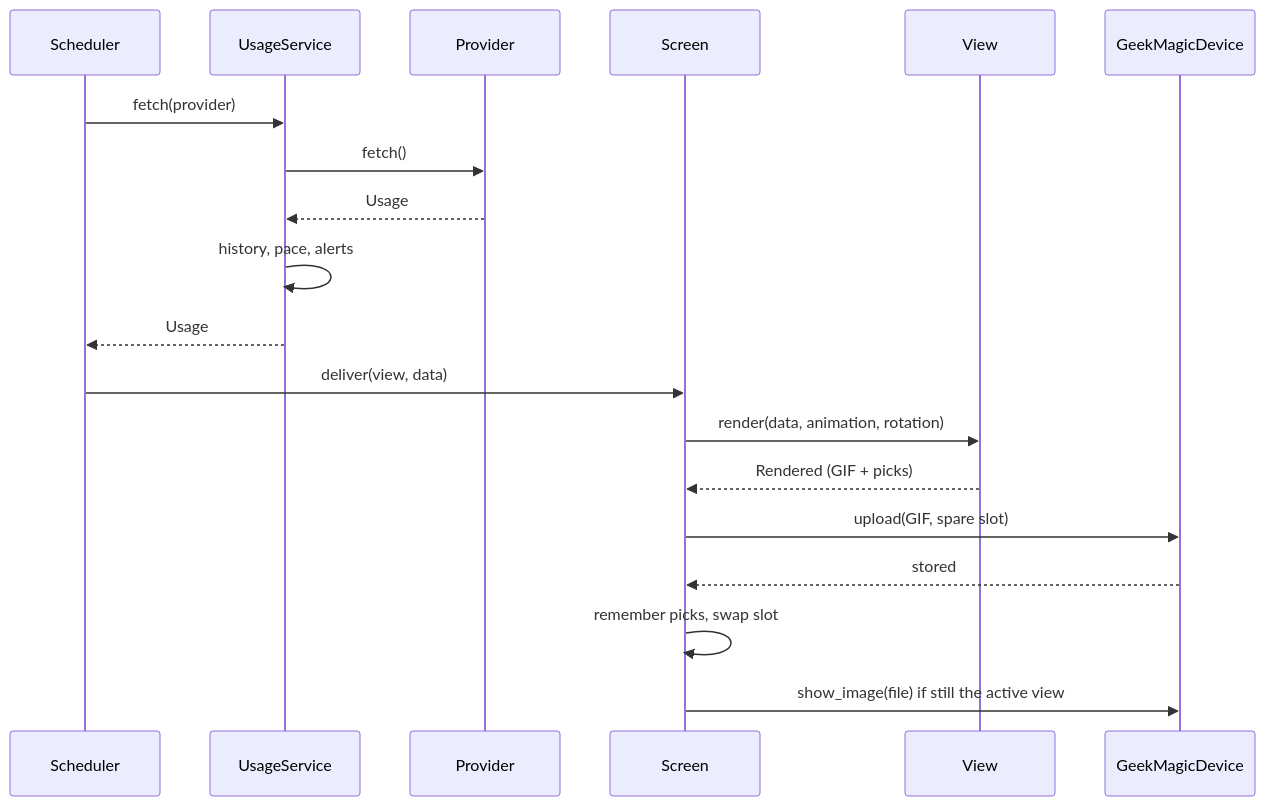
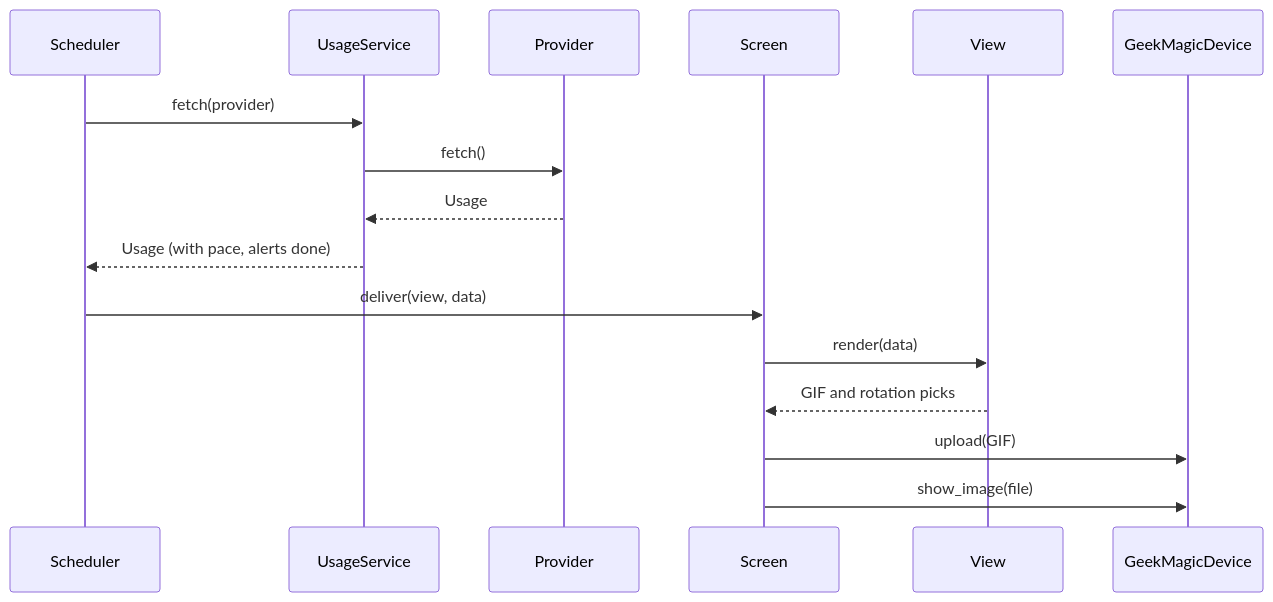
The fourth of 4 diagrams in ARCHITECTURE.md (Cristian-Infante/geekmagic-claude-usage), drawn with Mermaid before and after one commit. The commit also changed other lines of this file, not shown here.

First line of the commit message:
docs: Split the architecture diagram into small Mermaid diagrams that can be read

````diff
--- a/ARCHITECTURE.md
+++ b/ARCHITECTURE.md
@@ -87,21 +111,18 @@
 ```mermaid
 sequenceDiagram
     participant S as Scheduler
     participant U as UsageService
     participant P as Provider
     participant C as Screen
     participant V as View
     participant D as GeekMagicDevice
     S->>U: fetch(provider)
     U->>P: fetch()
     P-->>U: Usage
-    U->>U: history, pace, alerts
-    U-->>S: Usage
+    U-->>S: Usage (with pace, alerts done)
     S->>C: deliver(view, data)
-    C->>V: render(data, animation, rotation)
-    V-->>C: Rendered (GIF + picks)
-    C->>D: upload(GIF, spare slot)
-    D-->>C: stored
-    C->>C: remember picks, swap slot
-    C->>D: show_image(file) if still the active view
+    C->>V: render(data)
+    V-->>C: GIF and rotation picks
+    C->>D: upload(GIF)
+    C->>D: show_image(file)
 ```
````
